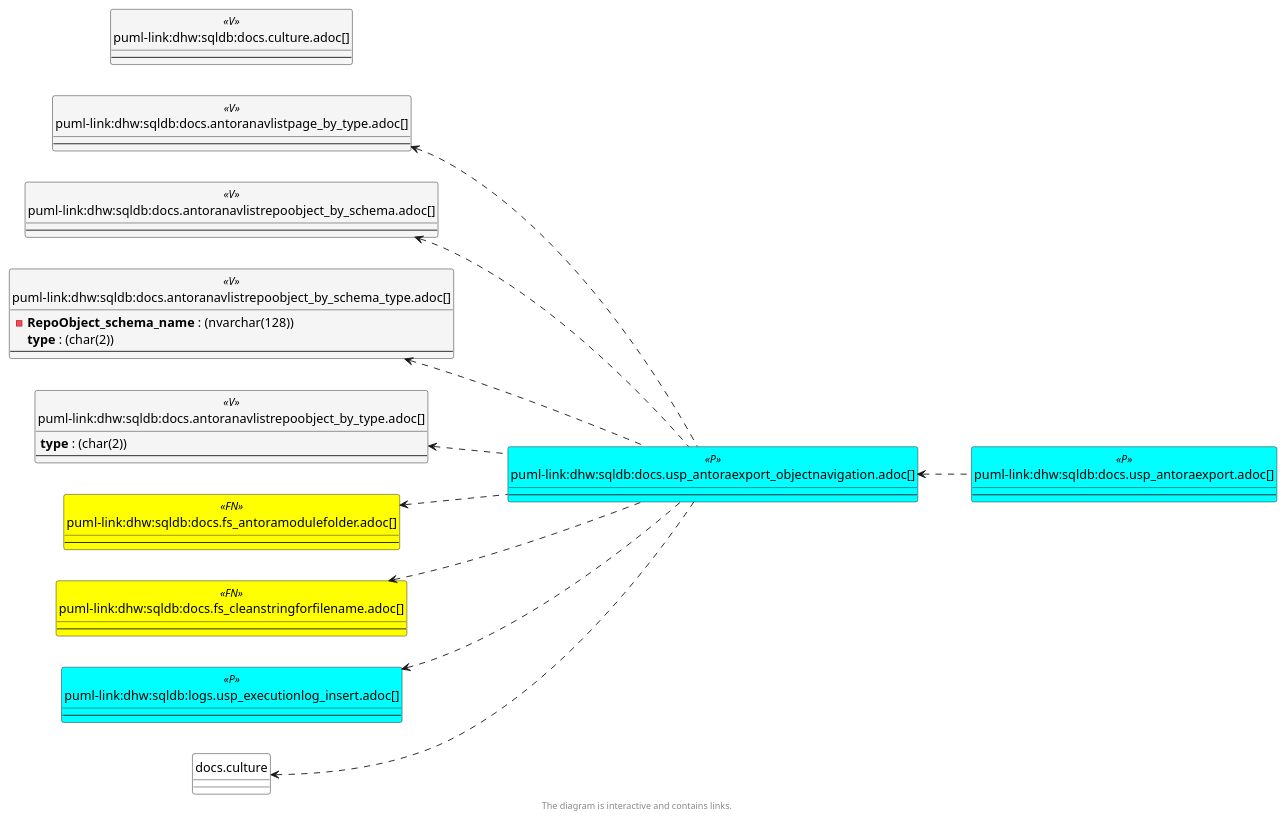
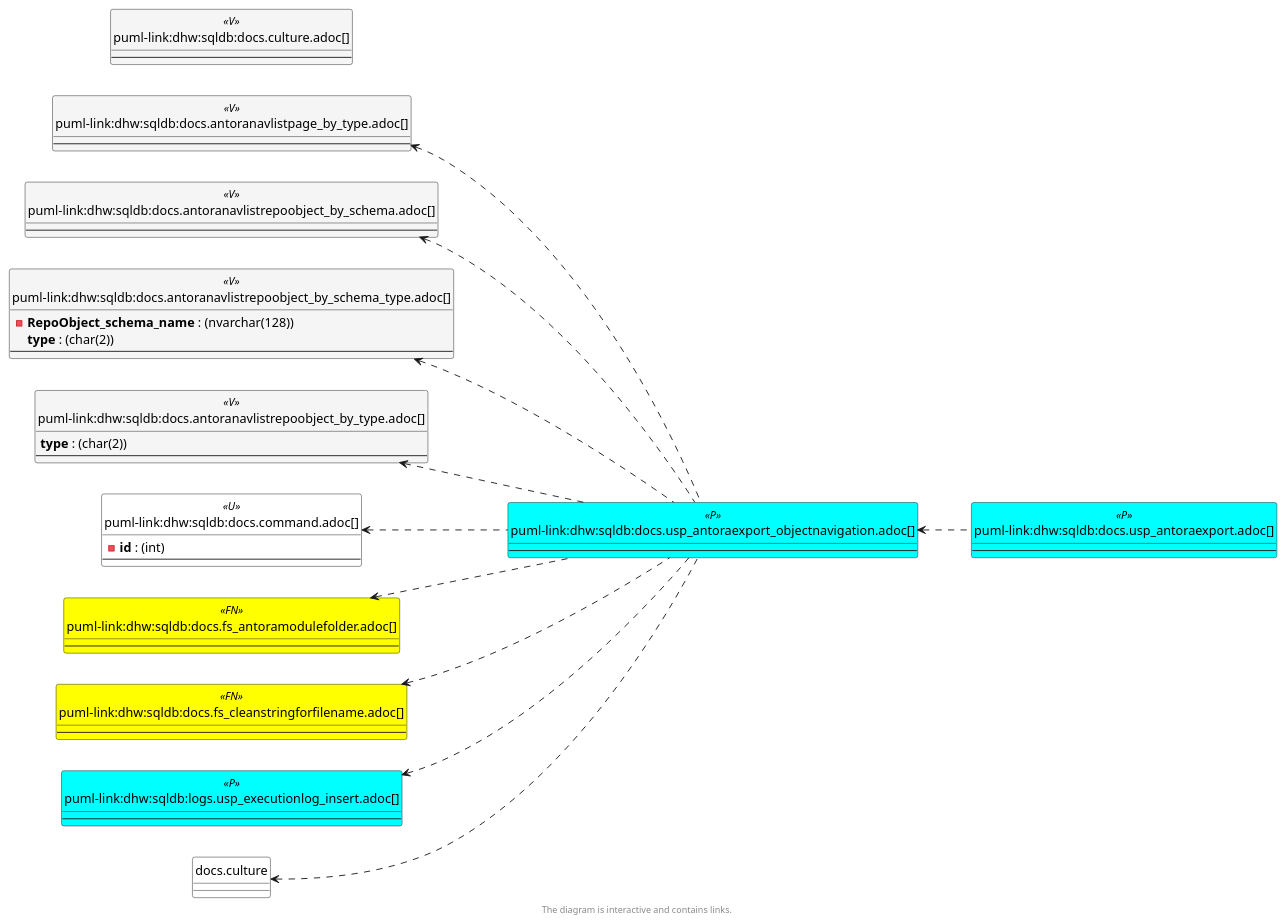
Before and after one commit to DataHandwerk/dhw-antora-sqldb: the third of 6 diagrams in docs/modules/sqldb/partials/content/docs.usp_antoraexport_objectnavigation.adoc, drawn with PlantUML. The commit also changed other lines of this file and 701 other files, not shown here.

```diff
--- a/docs/modules/sqldb/partials/content/docs.usp_antoraexport_objectnavigation.adoc
+++ b/docs/modules/sqldb/partials/content/docs.usp_antoraexport_objectnavigation.adoc
@@ -1098,6 +1136,11 @@
   --
 }
 
+entity "puml-link:dhw:sqldb:docs.command.adoc[]" as docs.command << U >> {
+  - **id** : (int)
+  --
+}
+
 entity "puml-link:dhw:sqldb:docs.culture.adoc[]" as docs.Culture << V >> {
   --
 }
@@ -1126,6 +1169,7 @@
 docs.AntoraNavListRepoObject_by_schema <.. docs.usp_AntoraExport_ObjectNavigation
 docs.AntoraNavListRepoObject_by_schema_type <.. docs.usp_AntoraExport_ObjectNavigation
 docs.AntoraNavListRepoObject_by_type <.. docs.usp_AntoraExport_ObjectNavigation
+docs.command <.. docs.usp_AntoraExport_ObjectNavigation
 docs.culture <.. docs.usp_AntoraExport_ObjectNavigation
 docs.fs_AntoraModuleFolder <.. docs.usp_AntoraExport_ObjectNavigation
 docs.fs_cleanStringForFilename <.. docs.usp_AntoraExport_ObjectNavigation
```
